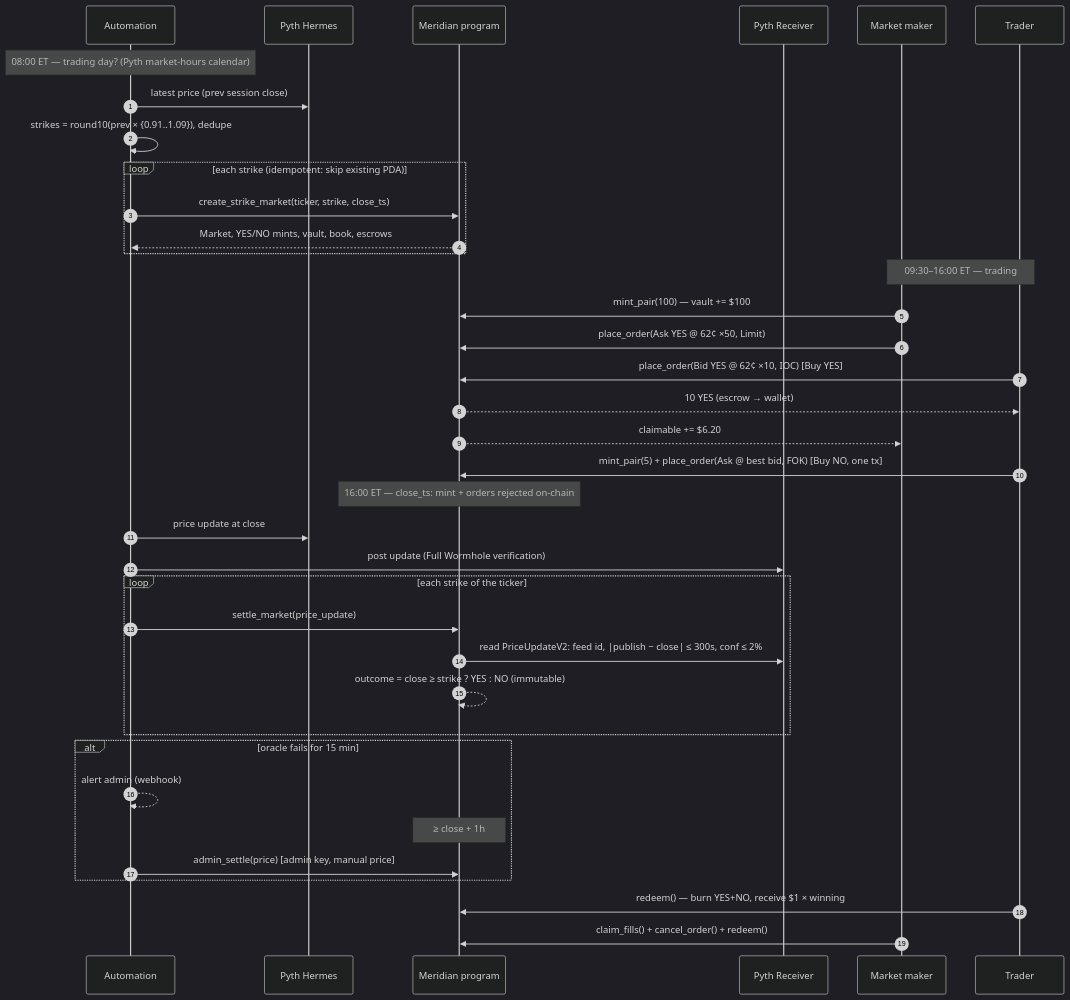
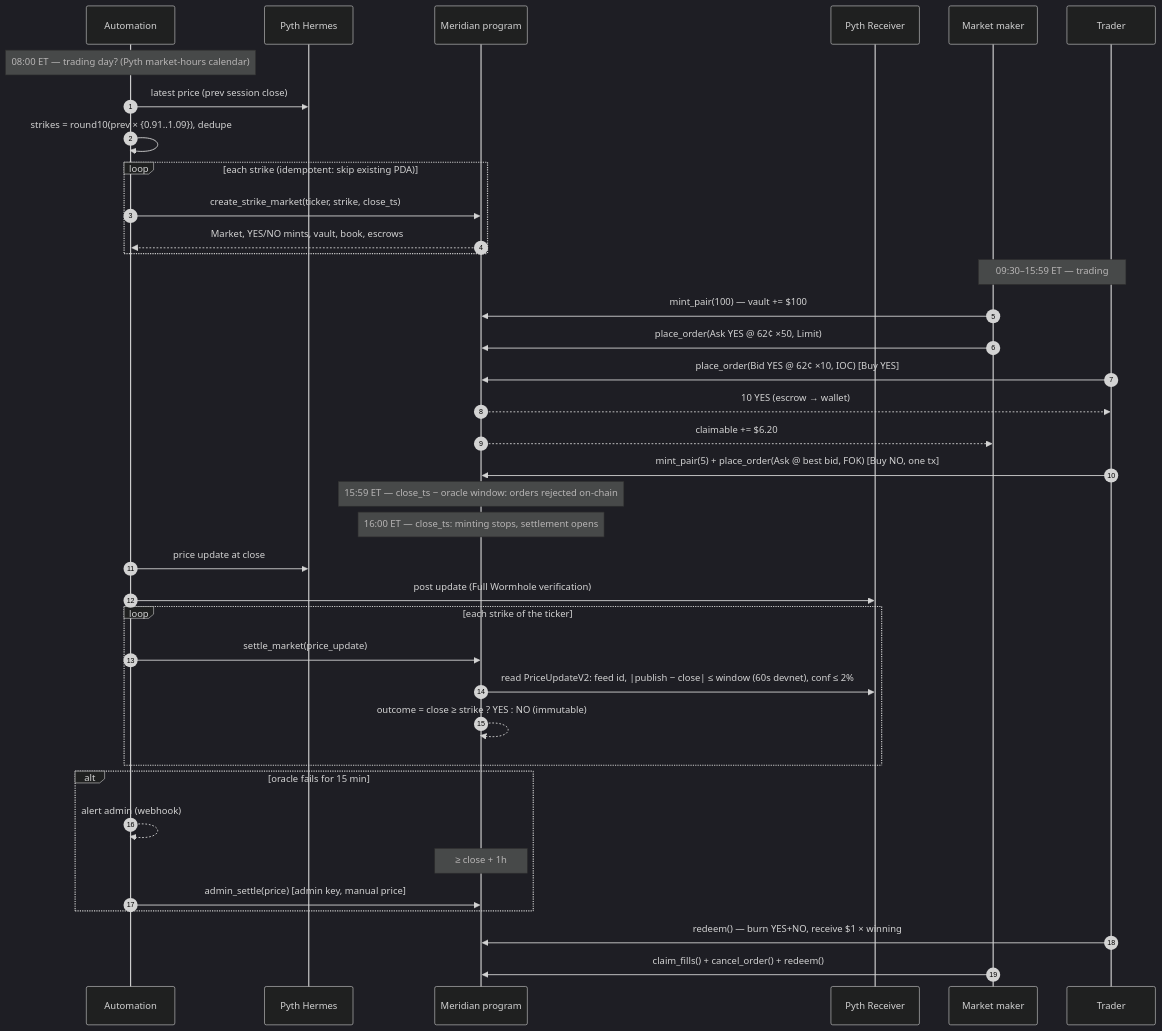
The second of 3 diagrams in docs/SYSTEM_DESIGN.md (hisefath/meridian), drawn with Mermaid (dark theme) before and after one commit. The commit also changed other lines of this file and 24 other files, not shown here.

````diff
--- a/docs/SYSTEM_DESIGN.md
+++ b/docs/SYSTEM_DESIGN.md
@@ -82,44 +82,45 @@
 ```mermaid
 %% Meridian — one trading day, end to end (Mermaid source).
 sequenceDiagram
   autonumber
   participant A as Automation
   participant H as Pyth Hermes
   participant P as Meridian program
   participant R as Pyth Receiver
   participant MM as Market maker
   participant T as Trader
 
   Note over A: 08:00 ET — trading day? (Pyth market-hours calendar)
   A->>H: latest price (prev session close)
   A->>A: strikes = round10(prev × {0.91..1.09}), dedupe
   loop each strike (idempotent: skip existing PDA)
     A->>P: create_strike_market(ticker, strike, close_ts)
     P-->>A: Market, YES/NO mints, vault, book, escrows
   end
 
-  Note over MM,T: 09:30–16:00 ET — trading
+  Note over MM,T: 09:30–15:59 ET — trading
   MM->>P: mint_pair(100) — vault += $100
   MM->>P: place_order(Ask YES @ 62¢ ×50, Limit)
   T->>P: place_order(Bid YES @ 62¢ ×10, IOC)  [Buy YES]
   P-->>T: 10 YES (escrow → wallet)
   P-->>MM: claimable += $6.20
   T->>P: mint_pair(5) + place_order(Ask @ best bid, FOK)  [Buy NO, one tx]
 
-  Note over P: 16:00 ET — close_ts: mint + orders rejected on-chain
+  Note over P: 15:59 ET — close_ts − oracle window: orders rejected on-chain
+  Note over P: 16:00 ET — close_ts: minting stops, settlement opens
   A->>H: price update at close
   A->>R: post update (Full Wormhole verification)
   loop each strike of the ticker
     A->>P: settle_market(price_update)
-    P->>R: read PriceUpdateV2: feed id, |publish − close| ≤ 300s, conf ≤ 2%
+    P->>R: read PriceUpdateV2: feed id, |publish − close| ≤ window (60s devnet), conf ≤ 2%
     P-->>P: outcome = close ≥ strike ? YES : NO (immutable)
   end
   alt oracle fails for 15 min
     A-->>A: alert admin (webhook)
     Note over P: ≥ close + 1h
     A->>P: admin_settle(price) [admin key, manual price]
   end
 
   T->>P: redeem() — burn YES+NO, receive $1 × winning
   MM->>P: claim_fills() + cancel_order() + redeem()
 ```
````
